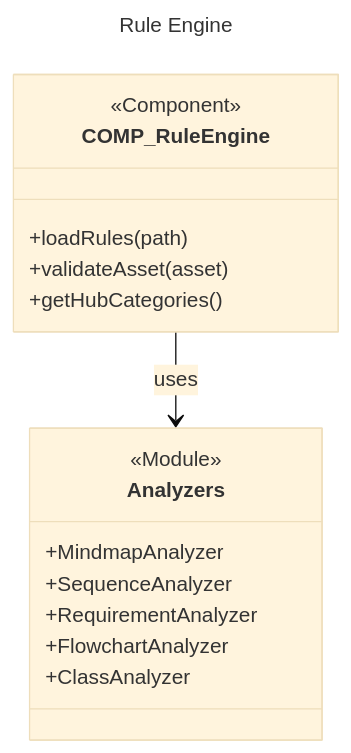
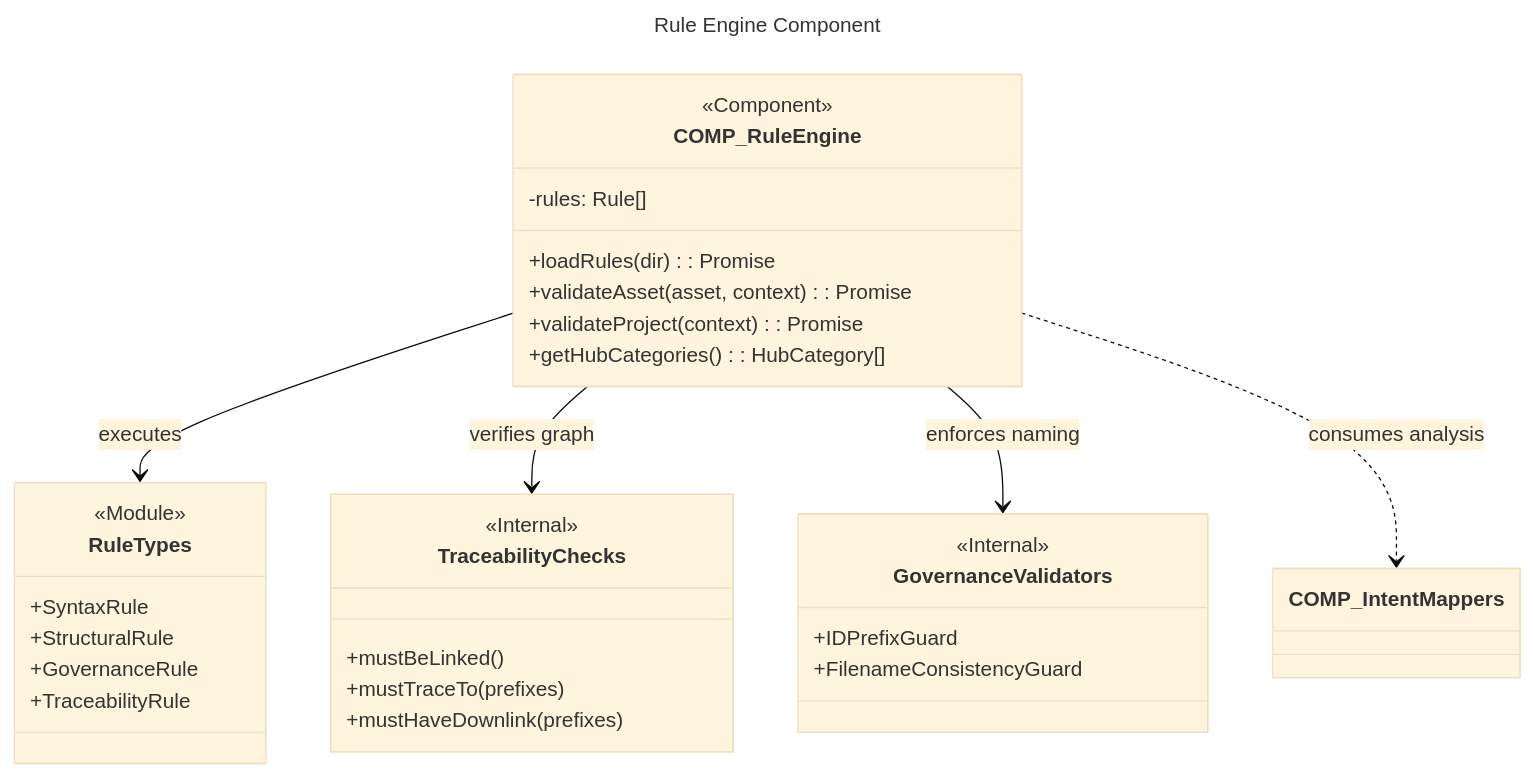
One commit to futurefoundai/foundryspec changed the diagram in docs/components/COMP_RuleEngine.mermaid. Above: the diagram before and after it, drawn with Mermaid (base theme). The commit also changed 19 other files, not shown here.

Commit message:
refactor: remove enterprise component and update core documentation

```diff
--- a/docs/components/COMP_RuleEngine.mermaid
+++ b/docs/components/COMP_RuleEngine.mermaid
@@ -1,25 +1,41 @@
 ---
 id: "COMP_RuleEngine"
-title: Rule Engine
-description: Core validation engine that enforces structural and semantic integrity.
-requirements:
+title: Rule Engine Component
+description: Advanced validation engine supporting dynamic JS rules and hierarchical graph integrity.
+requirements: REQ_Integrity
 ---
-
 classDiagram
     class COMP_RuleEngine {
         <<Component>>
-        +loadRules(path)
-        +validateAsset(asset)
-        +getHubCategories()
+        -rules: Rule[]
+        +loadRules(dir) : Promise
+        +validateAsset(asset, context) : Promise
+        +validateProject(context) : Promise
+        +getHubCategories() : HubCategory[]
     }
-    
-    class Analyzers {
+
+    class RuleTypes {
         <<Module>>
-        +MindmapAnalyzer
-        +SequenceAnalyzer
-        +RequirementAnalyzer
-        +FlowchartAnalyzer
-        +ClassAnalyzer
+        +SyntaxRule
+        +StructuralRule
+        +GovernanceRule
+        +TraceabilityRule
     }
-    
-    COMP_RuleEngine --> Analyzers : uses
+
+    class TraceabilityChecks {
+        <<Internal>>
+        +mustBeLinked()
+        +mustTraceTo(prefixes)
+        +mustHaveDownlink(prefixes)
+    }
+
+    class GovernanceValidators {
+        <<Internal>>
+        +IDPrefixGuard
+        +FilenameConsistencyGuard
+    }
+
+    COMP_RuleEngine --> RuleTypes : executes
+    COMP_RuleEngine --> TraceabilityChecks : verifies graph
+    COMP_RuleEngine --> GovernanceValidators : enforces naming
+    COMP_RuleEngine ..> COMP_IntentMappers : consumes analysis
```
